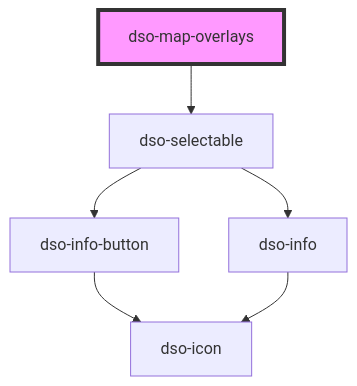
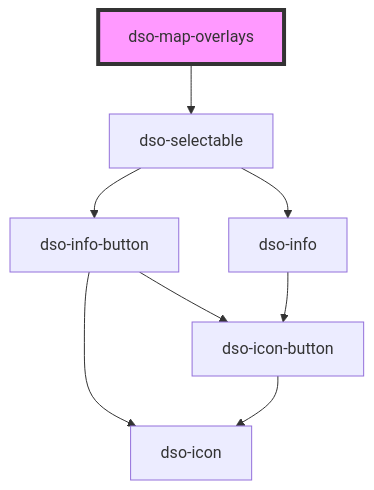
One commit to dso-toolkit/dso-toolkit changed the diagram in packages/core/src/components/map-overlays/readme.md. Above: the diagram before and after it, drawn with Mermaid. The commit also changed 97 other files, not shown here.

Commit message:
#2315 [Added] Icon Button: Nieuw component

````diff
--- a/packages/core/src/components/map-overlays/readme.md
+++ b/packages/core/src/components/map-overlays/readme.md
@@ -30,9 +30,11 @@
 ```mermaid
 graph TD;
   dso-map-overlays --> dso-selectable
   dso-selectable --> dso-info-button
   dso-selectable --> dso-info
+  dso-info-button --> dso-icon-button
   dso-info-button --> dso-icon
-  dso-info --> dso-icon
+  dso-icon-button --> dso-icon
+  dso-info --> dso-icon-button
   style dso-map-overlays fill:#f9f,stroke:#333,stroke-width:4px
 ```
````
